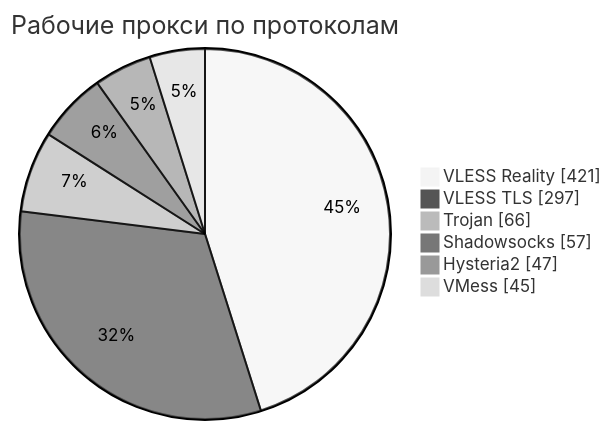
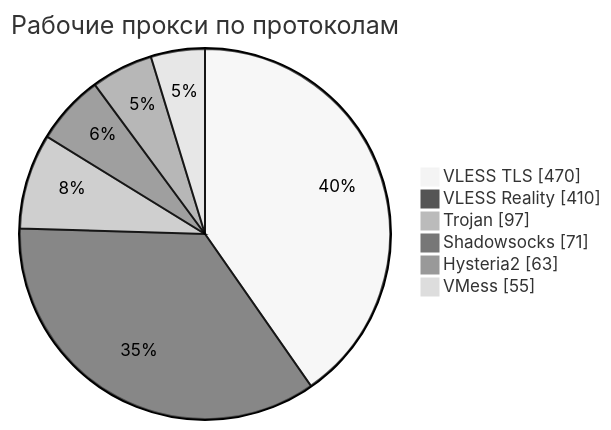
The third of 4 diagrams in README.md (rvvg/proxy-subs), drawn with Mermaid (neutral theme) before and after one commit. The commit also changed other lines of this file and 49 other files, not shown here.

````diff
--- a/README.md
+++ b/README.md
@@ -136,10 +139,10 @@
 ```mermaid
 pie showData
     title Рабочие прокси по протоколам
-    "VLESS Reality" : 421
-    "VLESS TLS" : 297
-    "Trojan" : 66
-    "Shadowsocks" : 57
-    "Hysteria2" : 47
-    "VMess" : 45
+    "VLESS TLS" : 470
+    "VLESS Reality" : 410
+    "Trojan" : 97
+    "Shadowsocks" : 71
+    "Hysteria2" : 63
+    "VMess" : 55
 ```
````
